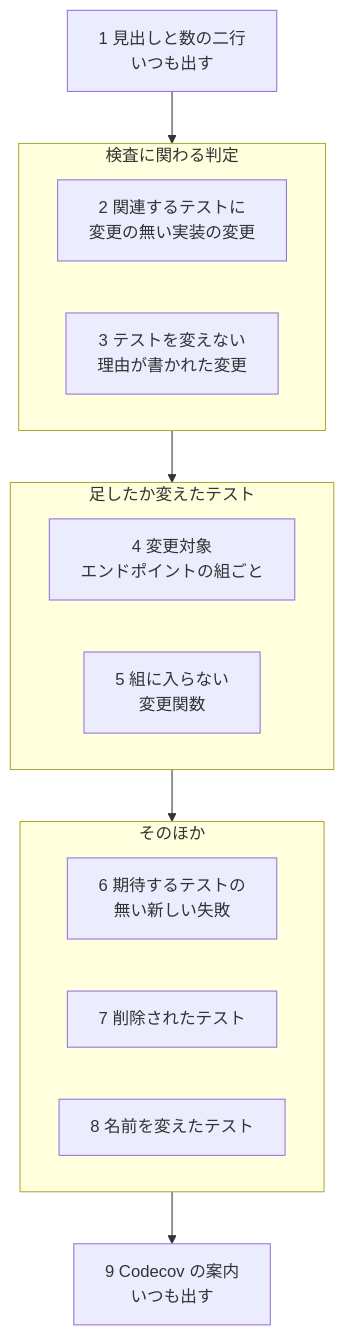
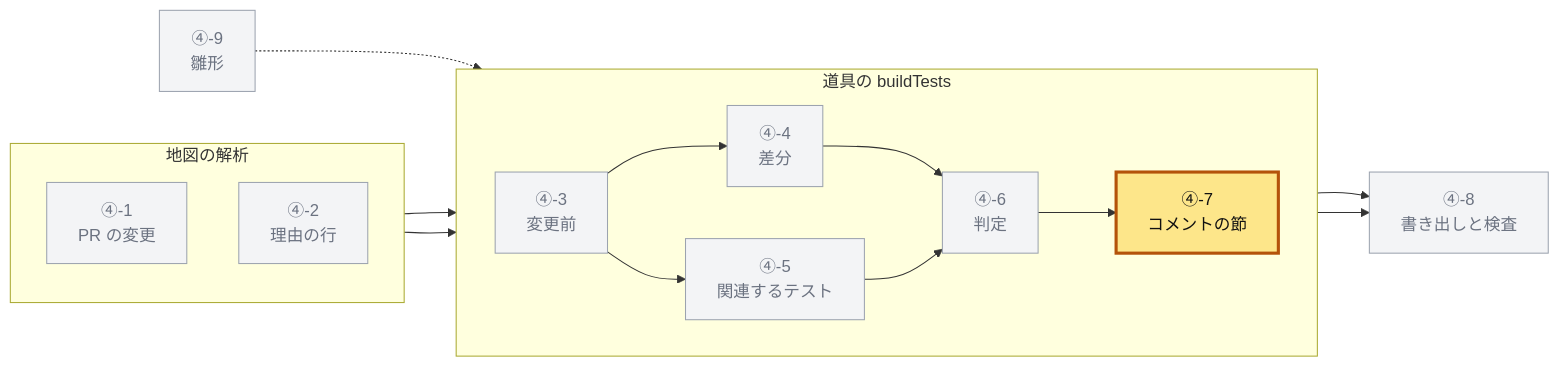
Before and after one commit to maronnjapan/maronn-openid-connect: diagram 17 of 21 in apps/tests/docs/04-pull-request.md, drawn with Mermaid. The commit also changed other lines of this file and 11 other files, not shown here.

First line of the commit message:
docs(tests): the implementation of the test tool, verified and edited

````diff
--- a/apps/tests/docs/04-pull-request.md
+++ b/apps/tests/docs/04-pull-request.md
@@ -644,25 +951,32 @@
 ```mermaid
-flowchart TB
-  A["1 見出しと数の二行<br/>いつも出す"]
-  subgraph CHK["検査に関わる判定"]
+flowchart LR
+  subgraph MAP["地図の解析"]
+    direction TB
+    S1["④-1<br/>PR の変更"]
+    S2["④-2<br/>理由の行"]
+  end
+  subgraph TOOL["道具の buildTests"]
     direction LR
-    B["2 関連するテストに<br/>変更の無い実装の変更"]
-    C["3 テストを変えない<br/>理由が書かれた変更"]
+    S3["④-3<br/>変更前"]
+    S4["④-4<br/>差分"]
+    S5["④-5<br/>関連するテスト"]
+    S6["④-6<br/>判定"]
+    S7["④-7<br/>コメントの節"]
   end
-  subgraph TST["足したか変えたテスト"]
-    direction LR
-    D["4 変更対象<br/>エンドポイントの組ごと"]
-    E["5 組に入らない<br/>変更関数"]
-  end
-  subgraph OTH["そのほか"]
-    direction LR
-    F["6 期待するテストの<br/>無い新しい失敗"]
-    G["7 削除されたテスト"]
-    H["8 名前を変えたテスト"]
-  end
-  I["9 Codecov の案内<br/>いつも出す"]
-  A --> CHK
-  CHK --> TST
-  TST --> OTH
-  OTH --> I
+  S8["④-8<br/>書き出しと検査"]
+  S9["④-9<br/>雛形"]
+  S1 --> S3
+  S3 --> S4
+  S3 --> S5
+  S4 --> S6
+  S5 --> S6
+  S2 --> S6
+  S6 --> S7
+  S6 --> S8
+  S7 --> S8
+  S9 -.-> S6
+  classDef here fill:#fde68a,stroke:#b45309,stroke-width:3px,color:#111
+  classDef dim fill:#f3f4f6,stroke:#9ca3af,color:#6b7280
+  class S7 here
+  class S1,S2,S3,S4,S5,S6,S8,S9 dim
 ```
````
